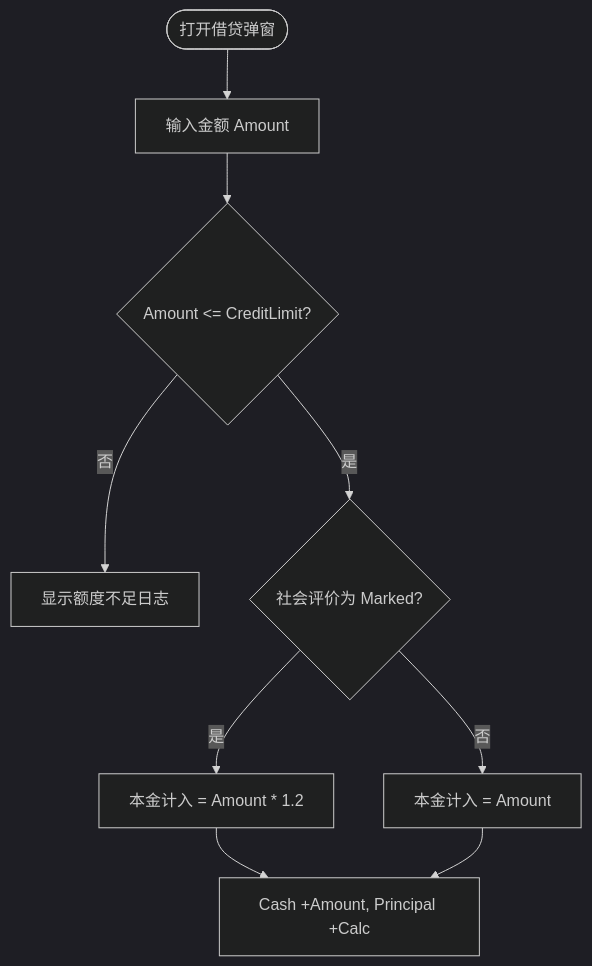
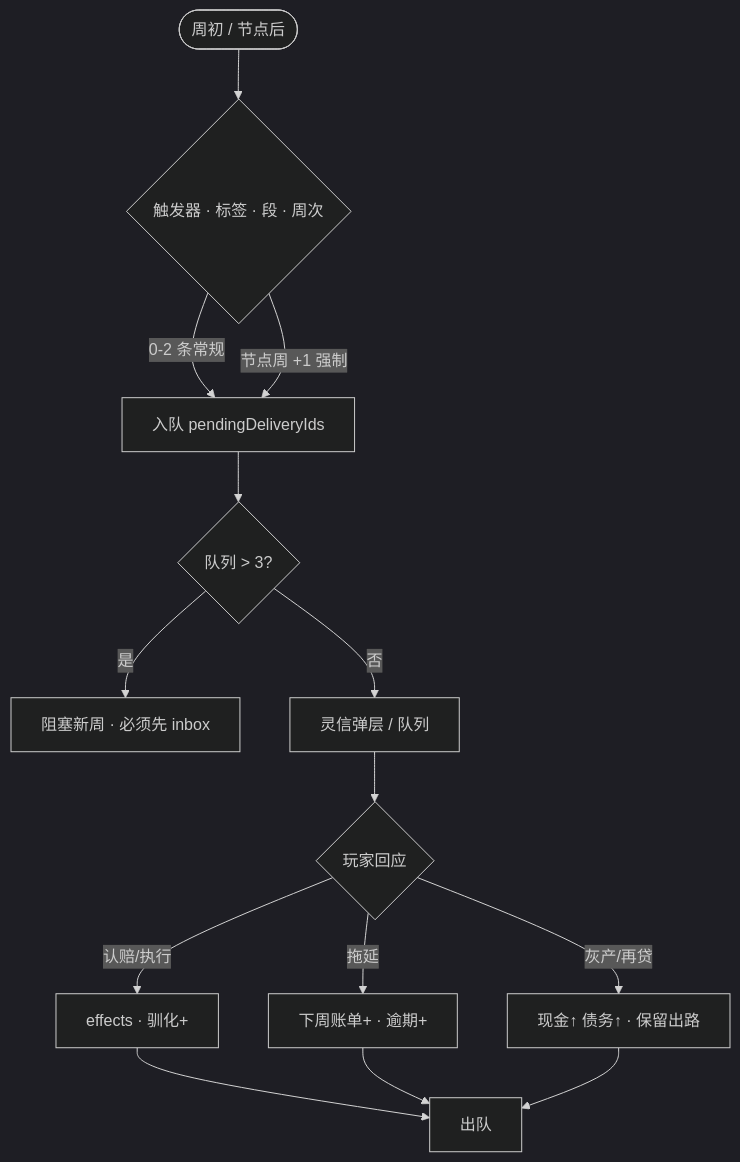
Before and after one commit to moyunzero/XiuXian-Overdue: the sixth of 12 diagrams in docs/交互流程图.md, drawn with Mermaid (dark theme). The commit also changed other lines of this file and 175 other files, not shown here.

````diff
--- a/docs/交互流程图.md
+++ b/docs/交互流程图.md
@@ -56,11 +225,19 @@
 ```mermaid
 flowchart TD
-  B_Start([打开借贷弹窗]) --> B_Input[输入金额 Amount]
-  B_Input --> B_Limit{Amount <= CreditLimit?}
-  B_Limit -->|否| B_Reject[显示额度不足日志]
-  B_Limit -->|是| B_Marked{社会评价为 Marked?}
-  B_Marked -->|是| B_Surcharge[本金计入 = Amount * 1.2]
-  B_Marked -->|否| B_Normal[本金计入 = Amount]
-  B_Surcharge --> B_Final[Cash +Amount, Principal +Calc]
-  B_Normal --> B_Final
+  M_Start([周初 / 节点后]) --> M_Roll{触发器 · 标签 · 段 · 周次}
+  M_Roll -->|0-2 条常规| M_Enqueue[入队 pendingDeliveryIds]
+  M_Roll -->|节点周 +1 强制| M_Enqueue
+
+  M_Enqueue --> M_Block{队列 > 3?}
+  M_Block -->|是| M_Stop[阻塞新周 · 必须先 inbox]
+  M_Block -->|否| M_UI[灵信弹层 / 队列]
+
+  M_UI --> M_Resp{玩家回应}
+  M_Resp -->|认赔/执行| M_Apply[effects · 驯化+]
+  M_Resp -->|拖延| M_Defer[下周账单+ · 逾期+]
+  M_Resp -->|灰产/再贷| M_Gray[现金↑ 债务↑ · 保留出路]
+
+  M_Apply --> M_Done[出队]
+  M_Defer --> M_Done
+  M_Gray --> M_Done
 ```
````
